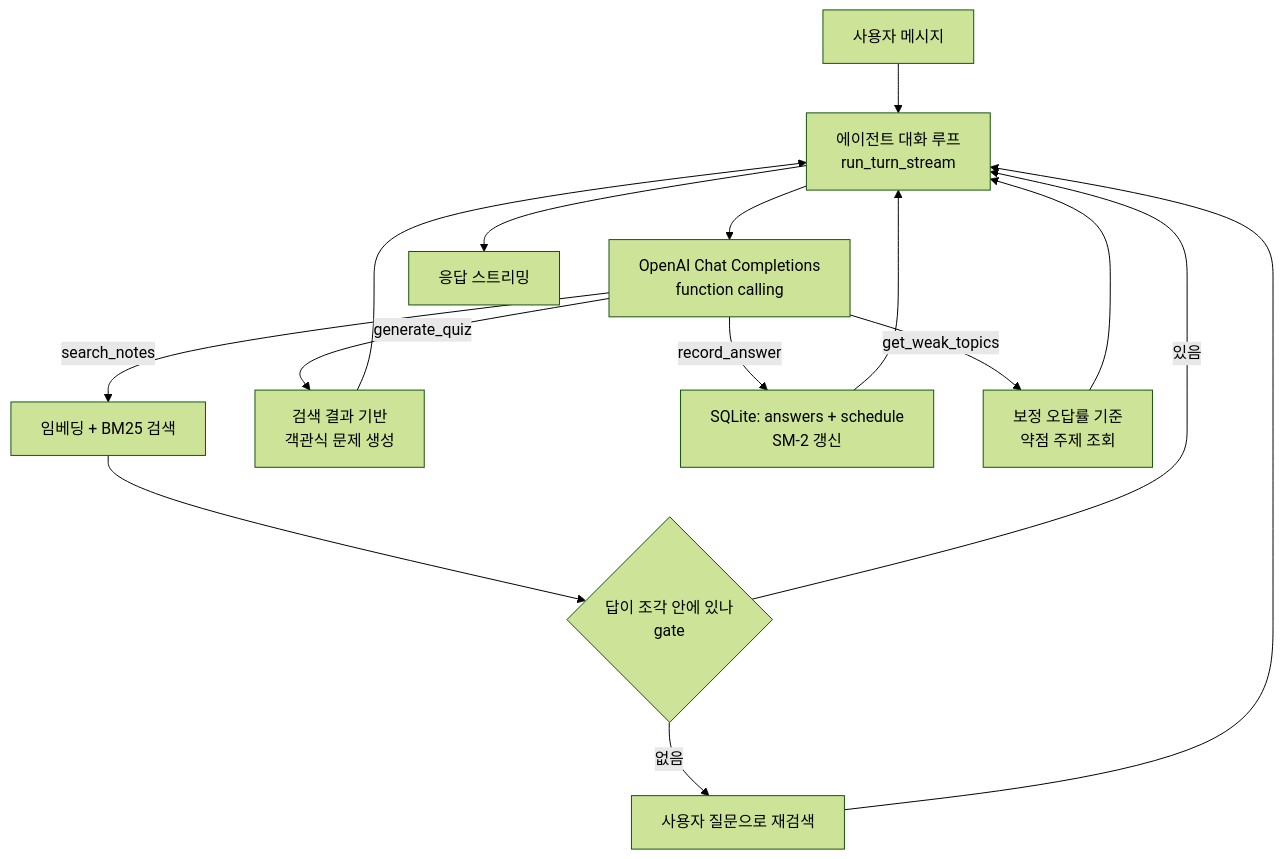
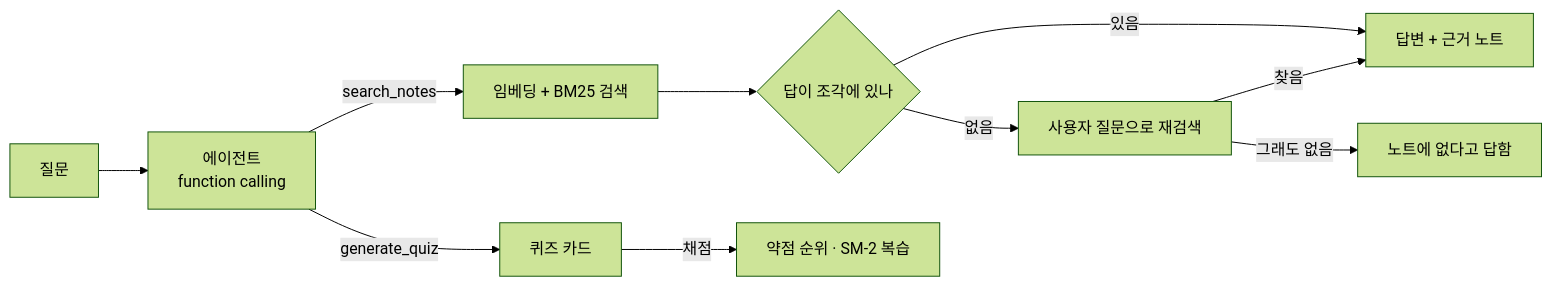
The diagram in README.md (Gwakgarin/study-agent), drawn with Mermaid (forest theme) before and after one commit. The commit also changed other lines of this file and 3 other files, not shown here.

````diff
--- a/README.md
+++ b/README.md
@@ -86,17 +39,12 @@
 ```mermaid
-flowchart TD
-    U[사용자 메시지] --> A[에이전트 대화 루프<br/>run_turn_stream]
-    A --> M[OpenAI Chat Completions<br/>function calling]
-    M -->|search_notes| S[임베딩 + BM25 검색]
-    S --> G{답이 조각 안에 있나<br/>gate}
-    G -->|없음| R2[사용자 질문으로 재검색]
-    M -->|generate_quiz| Q[검색 결과 기반<br/>객관식 문제 생성]
-    M -->|record_answer| R[SQLite: answers + schedule<br/>SM-2 갱신]
-    M -->|get_weak_topics| W[보정 오답률 기준<br/>약점 주제 조회]
-    G -->|있음| A
-    R2 --> A
-    Q --> A
-    R --> A
-    W --> A
-    A --> O[응답 스트리밍]
+flowchart LR
+    U[질문] --> A[에이전트<br/>function calling]
+    A -->|search_notes| S[임베딩 + BM25 검색]
+    S --> G{답이 조각에 있나}
+    G -->|있음| O[답변 + 근거 노트]
+    G -->|없음| R[사용자 질문으로 재검색]
+    R -->|찾음| O
+    R -->|그래도 없음| N[노트에 없다고 답함]
+    A -->|generate_quiz| Q[퀴즈 카드]
+    Q -->|채점| T[약점 순위 · SM-2 복습]
 ```
````
